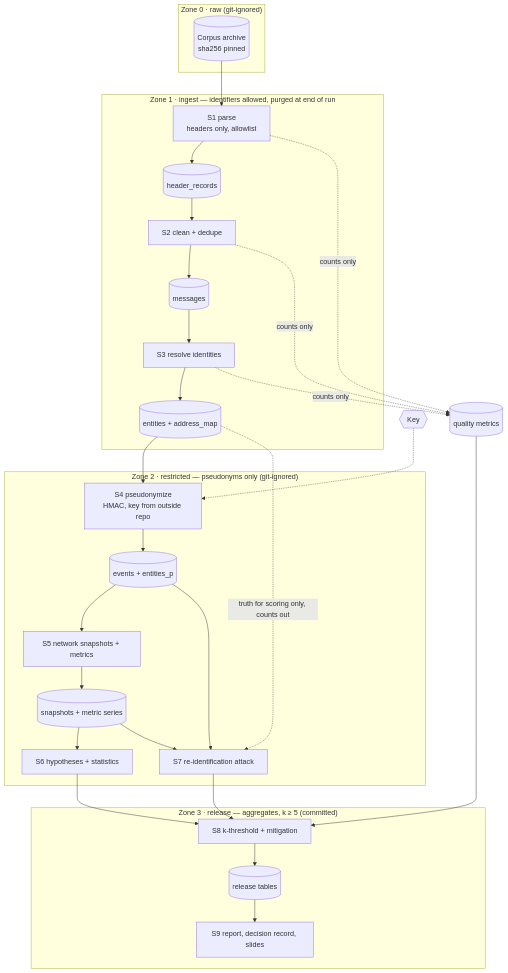
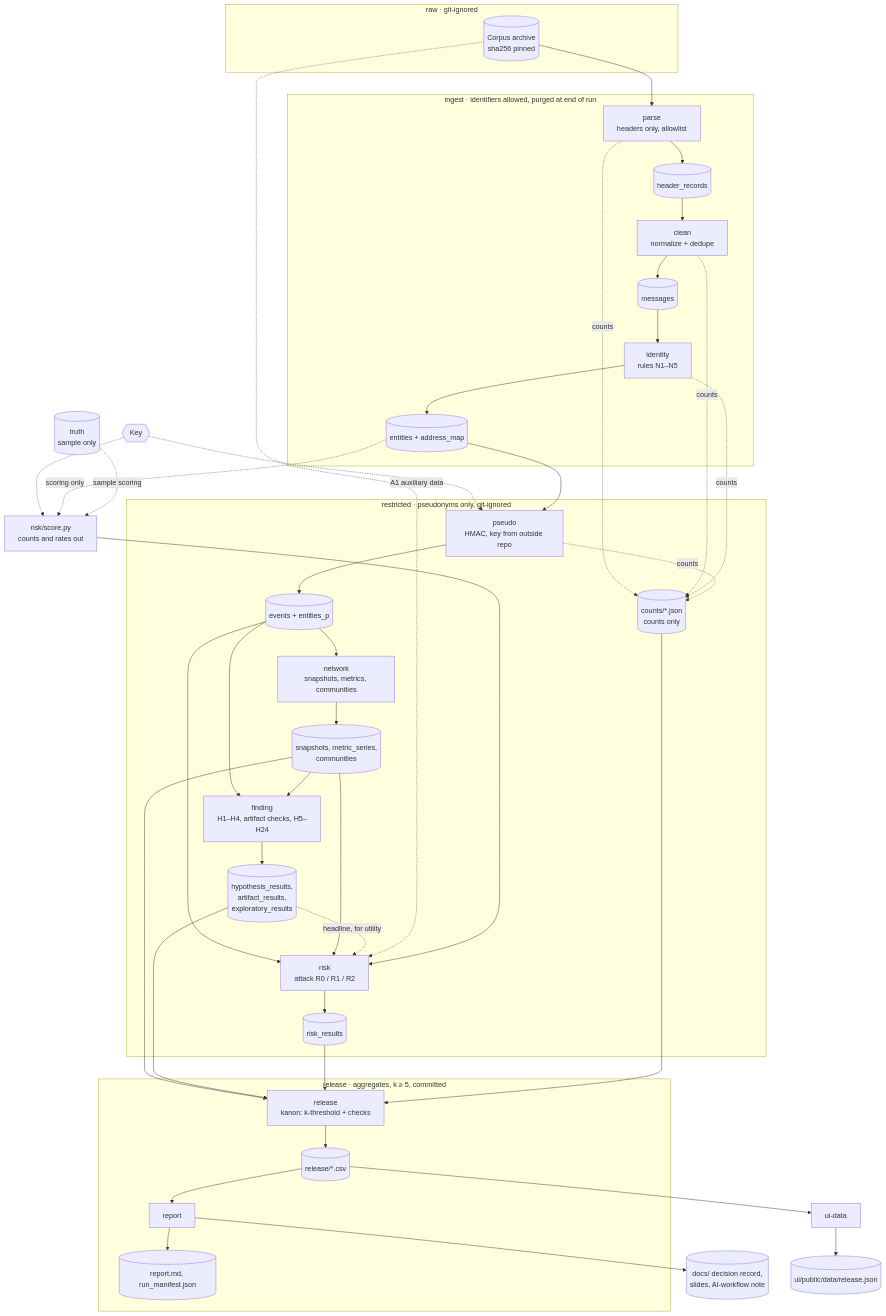
Before and after one commit to marcusvieira88/network-science: the first of 6 diagrams in docs/architecture.md, drawn with Mermaid. The commit also changed other lines of this file, not shown here.

First line of the commit message:
Docs as built: architecture

````diff
--- a/docs/architecture.md
+++ b/docs/architecture.md
@@ -9,35 +13,49 @@
 ```mermaid
 flowchart TB
-    subgraph RAW["Zone 0 · raw (git-ignored)"]
+    subgraph RAW["raw · git-ignored"]
         A[(Corpus archive<br/>sha256 pinned)]
     end
-    subgraph ING["Zone 1 · ingest — identifiers allowed, purged at end of run"]
-        S1[S1 parse<br/>headers only, allowlist]
-        S2[S2 clean + dedupe]
-        S3[S3 resolve identities]
+    subgraph ING["ingest · identifiers allowed, purged at end of run"]
+        S1[parse<br/>headers only, allowlist]
+        S2[clean<br/>normalize + dedupe]
+        S3[identity<br/>rules N1–N5]
         T1[(header_records)]
         T2[(messages)]
         T3[(entities + address_map)]
     end
-    subgraph RES["Zone 2 · restricted — pseudonyms only (git-ignored)"]
-        S4[S4 pseudonymize<br/>HMAC, key from outside repo]
+    subgraph RES["restricted · pseudonyms only, git-ignored"]
+        S4[pseudo<br/>HMAC, key from outside repo]
         T4[(events + entities_p)]
-        S5[S5 network snapshots + metrics]
-        S6[S6 hypotheses + statistics]
-        S7[S7 re-identification attack]
-        T5[(snapshots + metric series)]
+        S5[network<br/>snapshots, metrics, communities]
+        T5[(snapshots, metric_series,<br/>communities)]
+        S6[finding<br/>H1–H4, artifact checks, H5–H24]
+        T6[(hypothesis_results,<br/>artifact_results,<br/>exploratory_results)]
+        S7[risk<br/>attack R0 / R1 / R2]
+        T7[(risk_results)]
+        CT[(counts/*.json<br/>counts only)]
     end
-    subgraph REL["Zone 3 · release — aggregates, k ≥ 5 (committed)"]
-        S8[S8 k-threshold + mitigation]
-        T8[(release tables)]
-        S9[S9 report, decision record, slides]
+    TR[(truth<br/>sample only)]
+    subgraph REL["release · aggregates, k ≥ 5, committed"]
+        S8[release<br/>kanon: k-threshold + checks]
+        T8[(release/*.csv)]
+        S9[report]
+        RP[(report.md, run_manifest.json)]
     end
+    DOCS[(docs/ decision record,<br/>slides, AI-workflow note)]
+    UI[(ui/public/data/release.json)]
+    S10[ui-data]
     K{{Key}} -.-> S4
+    K -.-> SC
     A --> S1 --> T1 --> S2 --> T2 --> S3 --> T3 --> S4 --> T4
-    T4 --> S5 --> T5 --> S6 --> S8
-    T4 --> S7 --> S8
-    T5 --> S7
-    S8 --> T8 --> S9
-    T3 -. truth for scoring only, counts out .-> S7
-    S1 & S2 & S3 -. counts only .-> Q[(quality metrics)] --> S8
+    T4 --> S5 --> T5
+    T4 & T5 --> S6 --> T6
+    T4 & T5 --> S7 --> T7
+    T6 -. headline, for utility .-> S7
+    A -. A1 auxiliary data .-> S7
+    T3 -. scoring only .-> SC[risk/score.py<br/>counts and rates out] --> S7
+    TR -. sample scoring .-> SC
+    S1 & S2 & S3 & S4 -. counts .-> CT
+    T5 & T6 & T7 & CT --> S8 --> T8 --> S9 --> RP
+    S9 --> DOCS
+    T8 --> S10 --> UI
 ```
````
